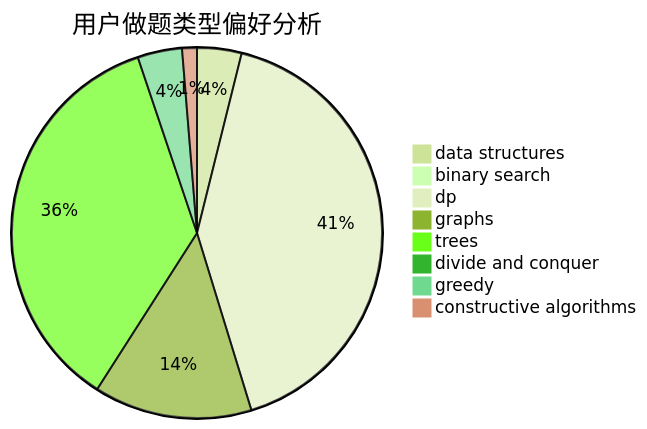
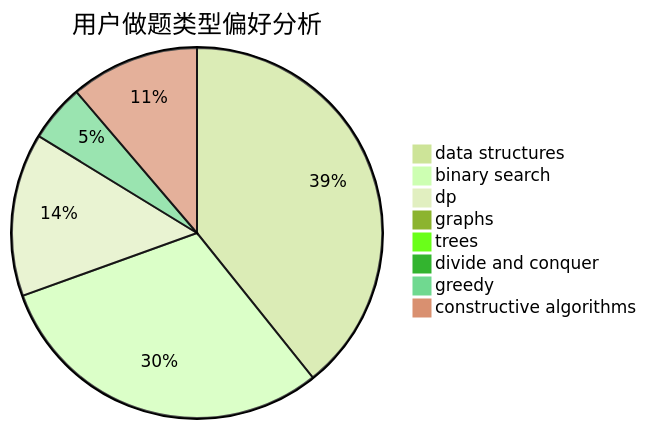
Before and after one commit to sherpahu/cfrs.github.io: the second of 3 diagrams in docs/user/u2186.md, drawn with Mermaid (forest theme). The commit also changed other lines of this file and 2770 other files, not shown here.

````diff
--- a/docs/user/u2186.md
+++ b/docs/user/u2186.md
@@ -23,11 +23,11 @@
 ```mermaid
 pie title 用户做题类型偏好分析
-    "data structures" :  9
-    "binary search" :  0
-    "dp" :  96
-    "graphs" :  32
-    "trees" :  83
+    "data structures" :  157
+    "binary search" :  121
+    "dp" :  57
+    "graphs" :  2
+    "trees" :  2
     "divide and conquer" :  0
-    "greedy" :  9
-    "constructive algorithms" :  3
+    "greedy" :  20
+    "constructive algorithms" :  45
 ```
````
